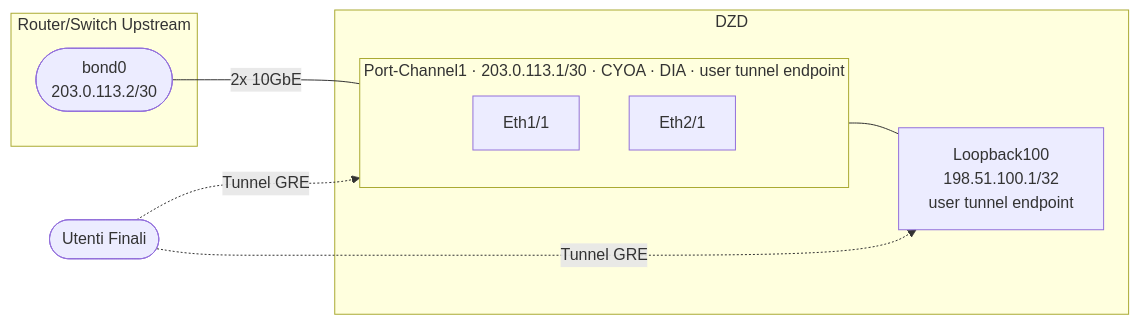
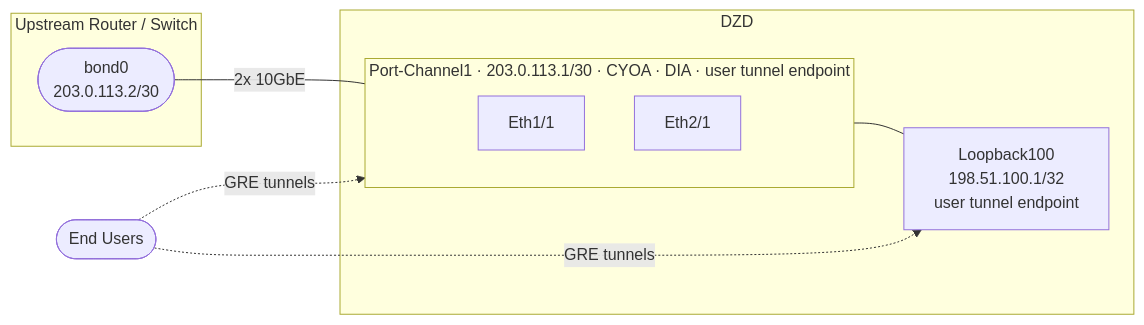
One commit to malbeclabs/docs changed the ninth of 13 diagrams in docs/contribute-provisioning.it.md. Above: the diagram before and after it, drawn with Mermaid. The commit also changed other lines of this file and 160 other files, not shown here.

````diff
--- a/docs/contribute-provisioning.it.md
+++ b/docs/contribute-provisioning.it.md
@@ -439,23 +507,23 @@
 ```mermaid
 flowchart LR
-    USERS(["Utenti Finali"])
+    USERS(["End Users"])
 
-    subgraph SW["Router/Switch Upstream"]
+    subgraph SW["Upstream Router / Switch"]
         SWPC(["bond0
         203.0.113.2/30"])
     end
 
     subgraph DZD["DZD"]
         subgraph PC["Port-Channel1 · 203.0.113.1/30 · CYOA · DIA · user tunnel endpoint"]
             E1["Eth1/1"]
             E2["Eth2/1"]
         end
         LO["Loopback100
         198.51.100.1/32\n        user tunnel endpoint"]
         PC --- LO
     end
 
     SWPC -- "2x 10GbE" --- PC
-    USERS -. "Tunnel GRE" .-> PC
-    USERS -. "Tunnel GRE" .-> LO
+    USERS -. "GRE tunnels" .-> PC
+    USERS -. "GRE tunnels" .-> LO
 ```
````
